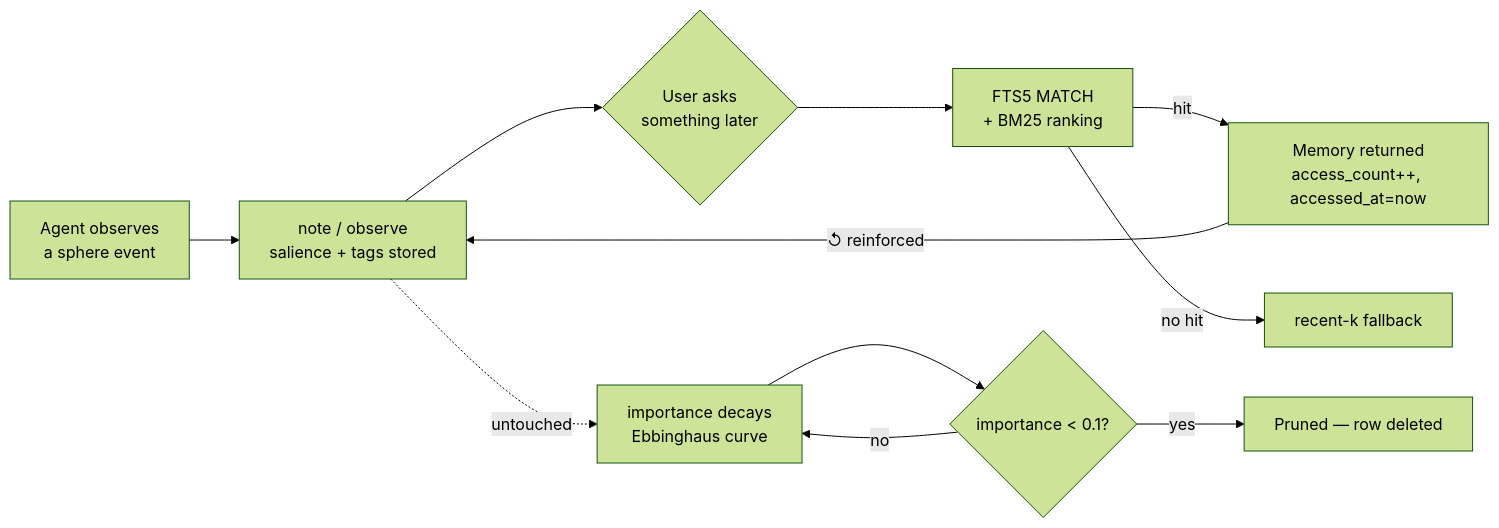
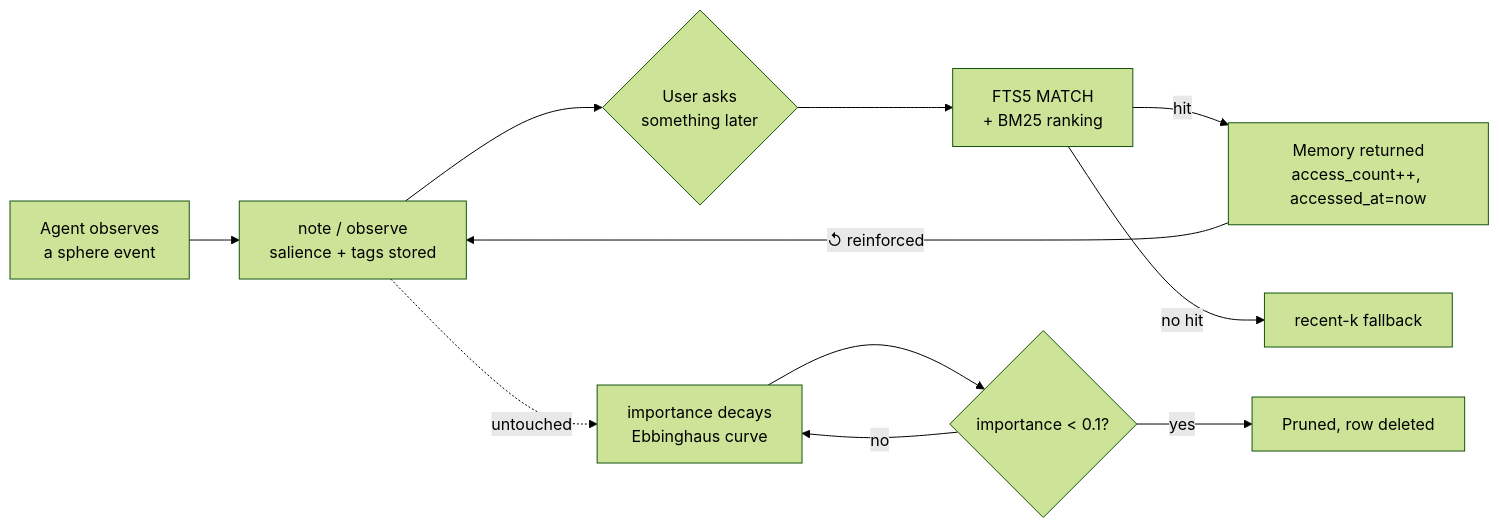
Before and after one commit to TAIPANBOX/sphere-ios: the first of 2 diagrams in README.md, drawn with Mermaid (forest theme). The commit also changed other lines of this file, not shown here.

````diff
--- a/README.md
+++ b/README.md
@@ -126,13 +126,13 @@
 ```mermaid
 flowchart LR
     A[Agent observes\na sphere event] --> B[note / observe\nsalience + tags stored]
     B --> C{User asks\nsomething later}
     C --> D[FTS5 MATCH\n+ BM25 ranking]
     D -->|hit| E[Memory returned\naccess_count++, accessed_at=now]
     E -->|↺ reinforced| B
     D -->|no hit| F[recent-k fallback]
     B -.untouched.-> G[importance decays\nEbbinghaus curve]
     G --> H{importance < 0.1?}
-    H -->|yes| I[Pruned — row deleted]
+    H -->|yes| I[Pruned, row deleted]
     H -->|no| G
 ```
````
